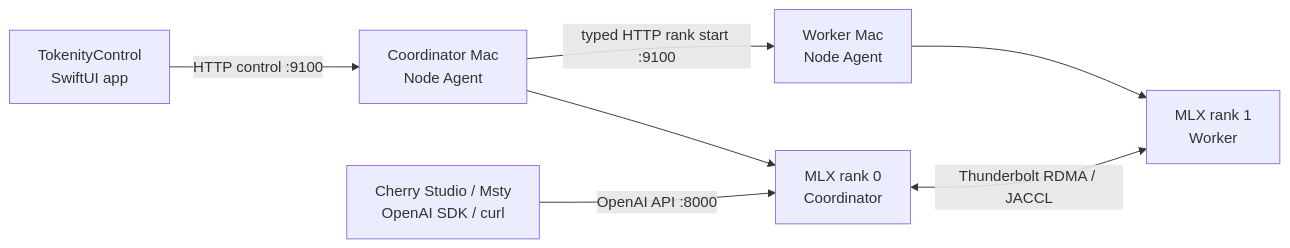
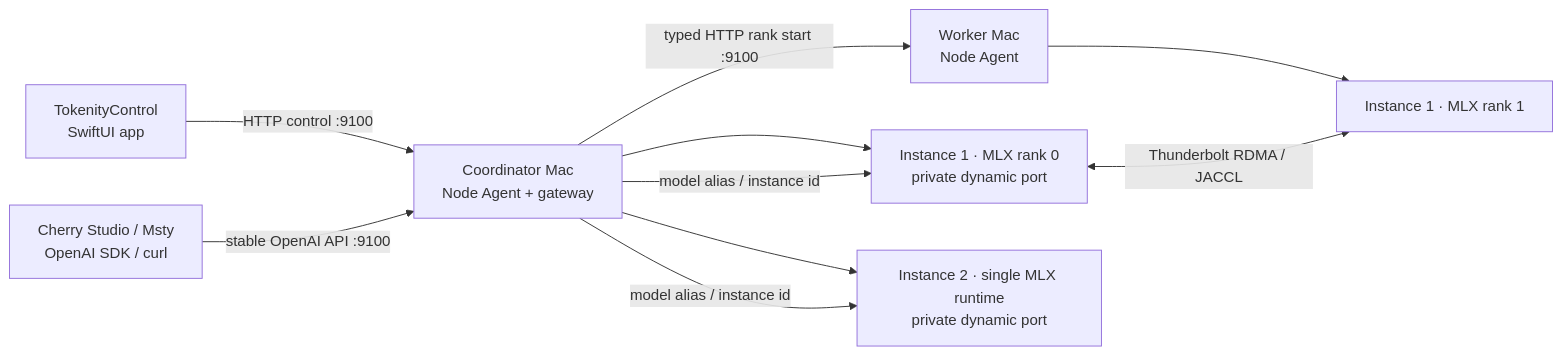
One commit to HeyZhey/Tokenity changed the diagram in README.md. Above: the diagram before and after it, drawn with Mermaid. The commit also changed other lines of this file and 36 other files, not shown here.

````diff
--- a/README.md
+++ b/README.md
@@ -47,9 +48,12 @@
 ```mermaid
 flowchart LR
-    UI["TokenityControl\nSwiftUI app"] -->|"HTTP control :9100"| A["Coordinator Mac\nNode Agent"]
+    UI["TokenityControl\nSwiftUI app"] -->|"HTTP control :9100"| A["Coordinator Mac\nNode Agent + gateway"]
     A -->|"typed HTTP rank start :9100"| B["Worker Mac\nNode Agent"]
-    A --> R0["MLX rank 0\nCoordinator"]
-    B --> R1["MLX rank 1\nWorker"]
+    A --> R0["Instance 1 · MLX rank 0\nprivate dynamic port"]
+    B --> R1["Instance 1 · MLX rank 1"]
+    A --> S0["Instance 2 · single MLX runtime\nprivate dynamic port"]
     R0 <-->|"Thunderbolt RDMA / JACCL"| R1
-    CLIENT["Cherry Studio / Msty\nOpenAI SDK / curl"] -->|"OpenAI API :8000"| R0
+    CLIENT["Cherry Studio / Msty\nOpenAI SDK / curl"] -->|"stable OpenAI API :9100"| A
+    A -->|"model alias / instance id"| R0
+    A -->|"model alias / instance id"| S0
 ```
````
